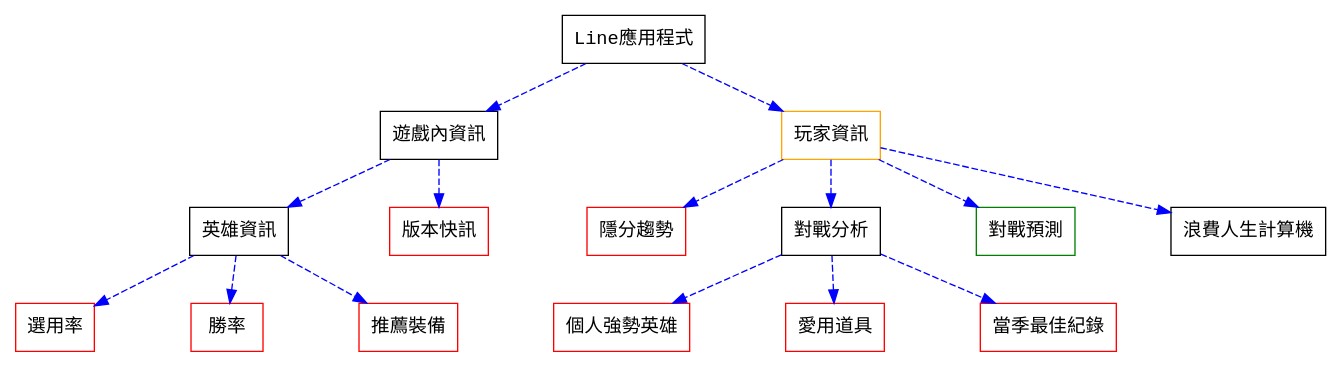
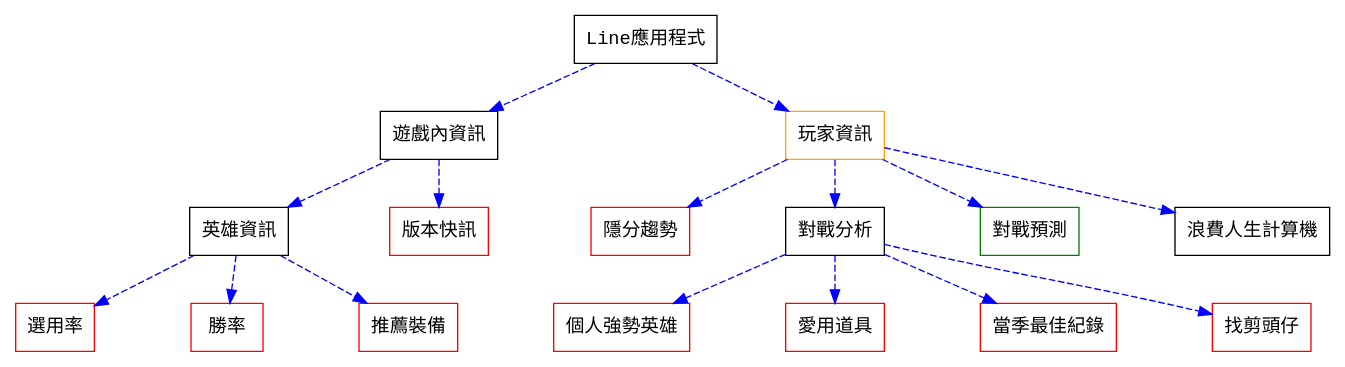
The diagram in README.md (alan890104/ARAM-statistics), drawn with Graphviz before and after one commit. The commit also changed other lines of this file, not shown here.

````diff
--- a/README.md
+++ b/README.md
@@ -25,16 +22,16 @@
-```graphviz=
+```graphviz
 digraph hierarchy {
 
 		nodesep=1.0 // increases the separation between nodes
 		
 		node [color=Black,fontname=Courier,shape=box] //All nodes will this shape and colour
 		edge [color=Blue, style=dashed] //All the lines look like this
 
 		Line應用程式->{遊戲內資訊  玩家資訊[color="orange"] }
 		遊戲內資訊->{英雄資訊 版本快訊}
 		玩家資訊->{隱分趨勢 對戰分析 對戰預測 浪費人生計算機}
         英雄資訊->{選用率[color="red"] 勝率[color="red"] 推薦裝備[color="red"]}
-        對戰分析->{個人強勢英雄[color="red"] 愛用道具[color="red"] 當季最佳紀錄[color="red"]}
+        對戰分析->{個人強勢英雄[color="red"] 愛用道具[color="red"] 當季最佳紀錄[color="red"] 找剪頭仔[color="red"]}
 		{rank=same;英雄資訊 版本快訊[color="red"] 隱分趨勢[color="red"] 對戰分析 對戰預測[color="green"]}  // Put them on the same level
 }
 ```
````
